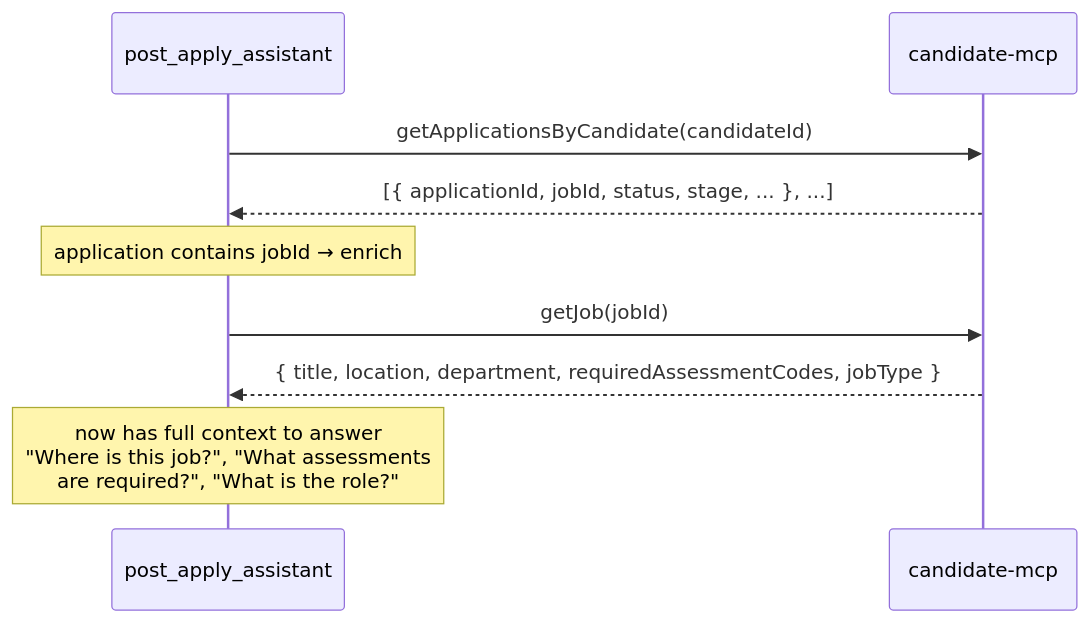
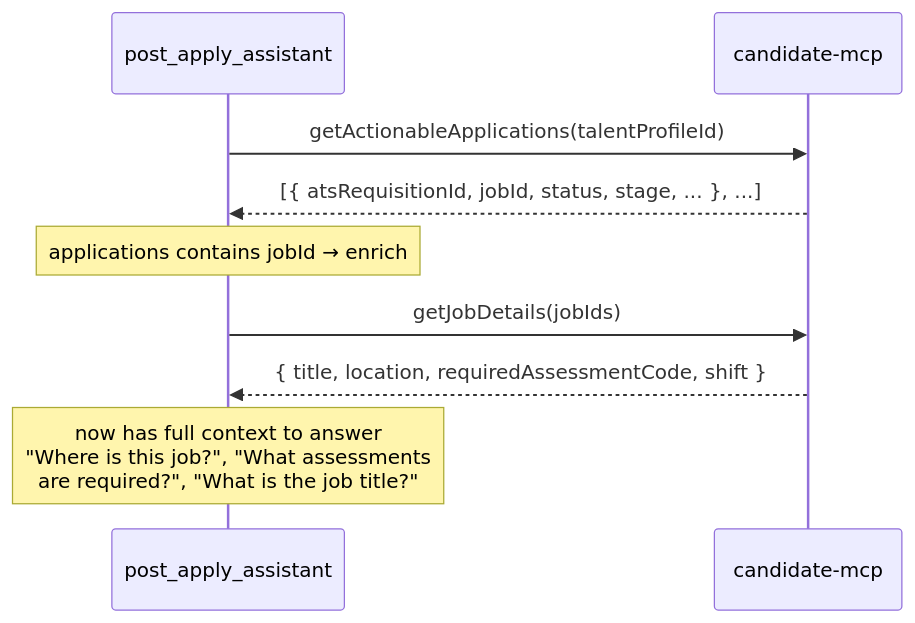
The seventh of 35 diagrams in LLD_POST_APPLY_ASSISTANT.md (venkat-raman17/candidate-agent), drawn with Mermaid before and after one commit. The commit also changed other lines of this file, not shown here.

````diff
--- a/LLD_POST_APPLY_ASSISTANT.md
+++ b/LLD_POST_APPLY_ASSISTANT.md
@@ -380,15 +382,15 @@
 ```mermaid
 sequenceDiagram
     participant PAA as post_apply_assistant
     participant CMCP as candidate-mcp
 
-    PAA->>CMCP: getApplicationsByCandidate(candidateId)
-    CMCP-->>PAA: [{ applicationId, jobId, status, stage, ... }, ...]
+    PAA->>CMCP: getActionableApplications(talentProfileId)
+    CMCP-->>PAA: [{ atsRequisitionId, jobId, status, stage, ... }, ...]
 
-    note over PAA: application contains jobId → enrich
+    note over PAA: applications contains jobId → enrich
 
-    PAA->>CMCP: getJob(jobId)
-    CMCP-->>PAA: { title, location, department, requiredAssessmentCodes, jobType }
+    PAA->>CMCP: getJobDetails(jobIds)
+    CMCP-->>PAA: { title, location, requiredAssessmentCode, shift }
 
-    note over PAA: now has full context to answer<br/>"Where is this job?", "What assessments<br/>are required?", "What is the role?"
+    note over PAA: now has full context to answer<br/>"Where is this job?", "What assessments<br/>are required?", "What is the job title?"
 ```
````
